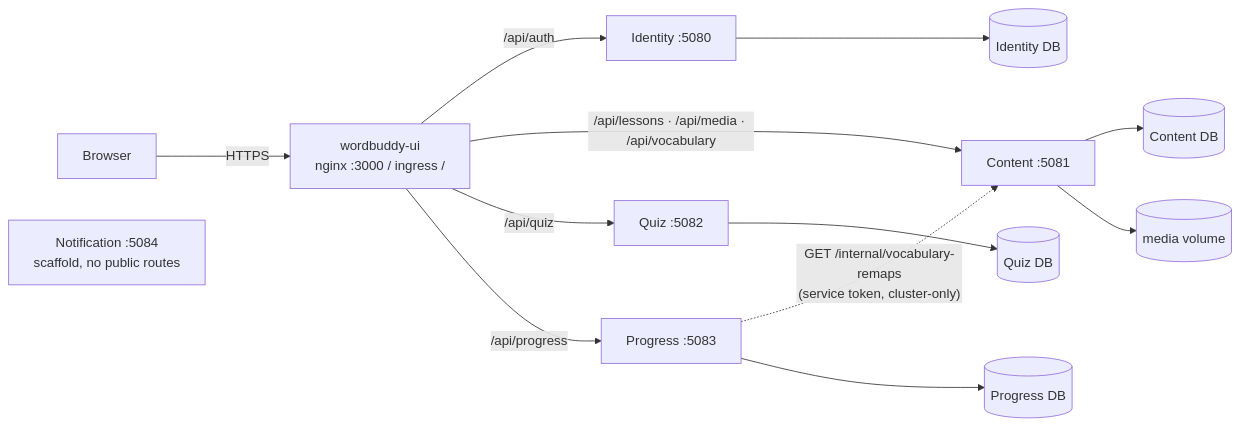
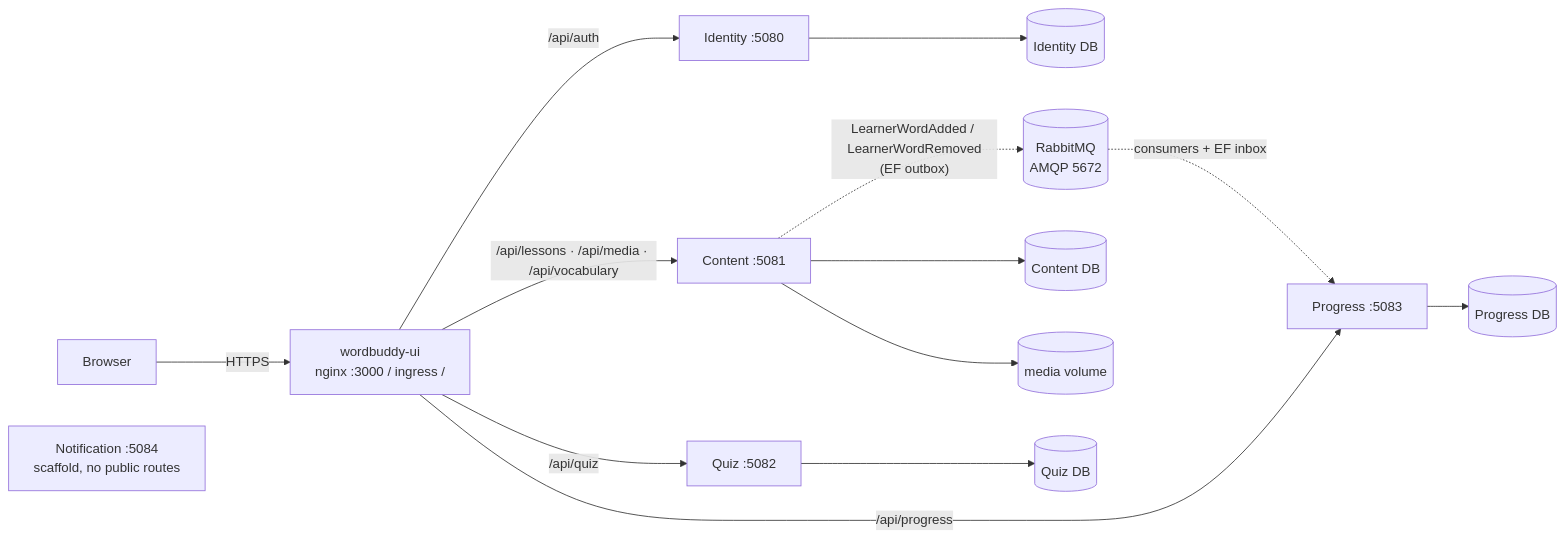
One commit to hunglu/WordBuddy changed the first of 3 diagrams in docs/architecture.md. Above: the diagram before and after it, drawn with Mermaid. The commit also changed other lines of this file and 65 other files, not shown here.

````diff
--- a/docs/architecture.md
+++ b/docs/architecture.md
@@ -8,15 +8,16 @@
 ```mermaid
 flowchart LR
     B[Browser] -->|HTTPS| UI["wordbuddy-ui<br/>nginx :3000 / ingress /"]
     UI -->|/api/auth| ID[Identity :5080]
     UI -->|/api/lessons · /api/media · /api/vocabulary| CT[Content :5081]
     UI -->|/api/quiz| QZ[Quiz :5082]
     UI -->|/api/progress| PR[Progress :5083]
     NT[Notification :5084<br/>scaffold, no public routes]
-    PR -.->|"GET /internal/vocabulary-remaps<br/>(service token, cluster-only)"| CT
+    CT -.->|"LearnerWordAdded / LearnerWordRemoved<br/>(EF outbox)"| MQ[(RabbitMQ<br/>AMQP 5672)]
+    MQ -.->|"consumers + EF inbox"| PR
     ID --> DB1[(Identity DB)]
     CT --> DB2[(Content DB)]
     CT --> FS[(media volume)]
     QZ --> DB3[(Quiz DB)]
     PR --> DB4[(Progress DB)]
 ```
````
